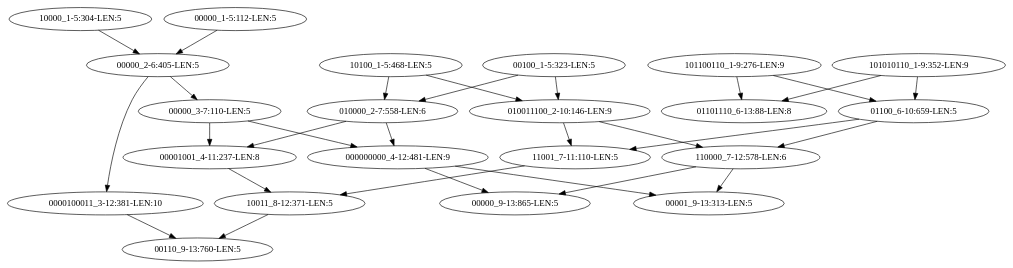
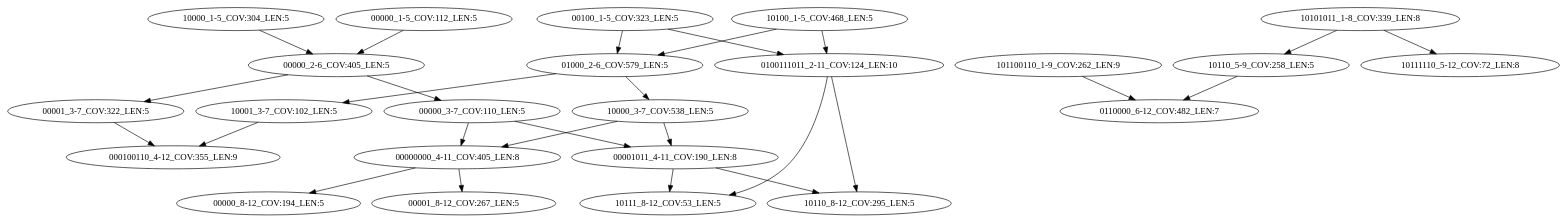
The diagram in amr_snaketest/results_spike_dbghap/MEG_4311xxDrugsxxMultixxdrug_resistancexxMultixxdrug_ABC_efflux_pumpsxxOPTRA_dbghaplo/intermediate/tips_removed_round2.dot (bluenote-1577/devider-test), drawn with Graphviz before and after one commit. The commit also changed 3998 other files, not shown here.

```diff
--- a/amr_snaketest/results_spike_dbghap/MEG_4311xxDrugsxxMultixxdrug_resistancexxMultixxdrug_ABC_efflux_pumpsxxOPTRA_dbghaplo/intermediate/tips_removed_round2.dot
+++ b/amr_snaketest/results_spike_dbghap/MEG_4311xxDrugsxxMultixxdrug_resistancexxMultixxdrug_ABC_efflux_pumpsxxOPTRA_dbghaplo/intermediate/tips_removed_round2.dot
@@ -1,30 +1,28 @@
 digraph G {
-    "00100_1-5:323-LEN:5" -> "010011100_2-10:146-LEN:9";
-    "00100_1-5:323-LEN:5" -> "010000_2-7:558-LEN:6";
-    "10000_1-5:304-LEN:5" -> "00000_2-6:405-LEN:5";
-    "00001001_4-11:237-LEN:8" -> "10011_8-12:371-LEN:5";
-    "11001_7-11:110-LEN:5" -> "10011_8-12:371-LEN:5";
-    "01100_6-10:659-LEN:5" -> "11001_7-11:110-LEN:5";
-    "01100_6-10:659-LEN:5" -> "110000_7-12:578-LEN:6";
-    "00000_1-5:112-LEN:5" -> "00000_2-6:405-LEN:5";
-    "000000000_4-12:481-LEN:9" -> "00001_9-13:313-LEN:5";
-    "000000000_4-12:481-LEN:9" -> "00000_9-13:865-LEN:5";
-    "010011100_2-10:146-LEN:9" -> "11001_7-11:110-LEN:5";
-    "010011100_2-10:146-LEN:9" -> "110000_7-12:578-LEN:6";
-    "101100110_1-9:276-LEN:9" -> "01100_6-10:659-LEN:5";
-    "101100110_1-9:276-LEN:9" -> "01101110_6-13:88-LEN:8";
-    "010000_2-7:558-LEN:6" -> "00001001_4-11:237-LEN:8";
-    "010000_2-7:558-LEN:6" -> "000000000_4-12:481-LEN:9";
-    "10011_8-12:371-LEN:5" -> "00110_9-13:760-LEN:5";
-    "101010110_1-9:352-LEN:9" -> "01100_6-10:659-LEN:5";
-    "101010110_1-9:352-LEN:9" -> "01101110_6-13:88-LEN:8";
-    "110000_7-12:578-LEN:6" -> "00001_9-13:313-LEN:5";
-    "110000_7-12:578-LEN:6" -> "00000_9-13:865-LEN:5";
-    "0000100011_3-12:381-LEN:10" -> "00110_9-13:760-LEN:5";
-    "00000_3-7:110-LEN:5" -> "00001001_4-11:237-LEN:8";
-    "00000_3-7:110-LEN:5" -> "000000000_4-12:481-LEN:9";
-    "00000_2-6:405-LEN:5" -> "0000100011_3-12:381-LEN:10";
-    "00000_2-6:405-LEN:5" -> "00000_3-7:110-LEN:5";
-    "10100_1-5:468-LEN:5" -> "010011100_2-10:146-LEN:9";
-    "10100_1-5:468-LEN:5" -> "010000_2-7:558-LEN:6";
+    "00100_1-5_COV:323_LEN:5" -> "0100111011_2-11_COV:124_LEN:10";
+    "00100_1-5_COV:323_LEN:5" -> "01000_2-6_COV:579_LEN:5";
+    "0100111011_2-11_COV:124_LEN:10" -> "10111_8-12_COV:53_LEN:5";
+    "0100111011_2-11_COV:124_LEN:10" -> "10110_8-12_COV:295_LEN:5";
+    "00001_3-7_COV:322_LEN:5" -> "000100110_4-12_COV:355_LEN:9";
+    "10000_1-5_COV:304_LEN:5" -> "00000_2-6_COV:405_LEN:5";
+    "00000000_4-11_COV:405_LEN:8" -> "00000_8-12_COV:194_LEN:5";
+    "00000000_4-11_COV:405_LEN:8" -> "00001_8-12_COV:267_LEN:5";
+    "10110_5-9_COV:258_LEN:5" -> "0110000_6-12_COV:482_LEN:7";
+    "10101011_1-8_COV:339_LEN:8" -> "10110_5-9_COV:258_LEN:5";
+    "10101011_1-8_COV:339_LEN:8" -> "10111110_5-12_COV:72_LEN:8";
+    "01000_2-6_COV:579_LEN:5" -> "10001_3-7_COV:102_LEN:5";
+    "01000_2-6_COV:579_LEN:5" -> "10000_3-7_COV:538_LEN:5";
+    "101100110_1-9_COV:262_LEN:9" -> "0110000_6-12_COV:482_LEN:7";
+    "00000_1-5_COV:112_LEN:5" -> "00000_2-6_COV:405_LEN:5";
+    "10001_3-7_COV:102_LEN:5" -> "000100110_4-12_COV:355_LEN:9";
+    "10000_3-7_COV:538_LEN:5" -> "00000000_4-11_COV:405_LEN:8";
+    "10000_3-7_COV:538_LEN:5" -> "00001011_4-11_COV:190_LEN:8";
+    "00000_3-7_COV:110_LEN:5" -> "00000000_4-11_COV:405_LEN:8";
+    "00000_3-7_COV:110_LEN:5" -> "00001011_4-11_COV:190_LEN:8";
+    "00000_2-6_COV:405_LEN:5" -> "00001_3-7_COV:322_LEN:5";
+    "00000_2-6_COV:405_LEN:5" -> "00000_3-7_COV:110_LEN:5";
+    "00001011_4-11_COV:190_LEN:8" -> "10111_8-12_COV:53_LEN:5";
+    "00001011_4-11_COV:190_LEN:8" -> "10110_8-12_COV:295_LEN:5";
+    "10100_1-5_COV:468_LEN:5" -> "0100111011_2-11_COV:124_LEN:10";
+    "10100_1-5_COV:468_LEN:5" -> "01000_2-6_COV:579_LEN:5";
 }
```
